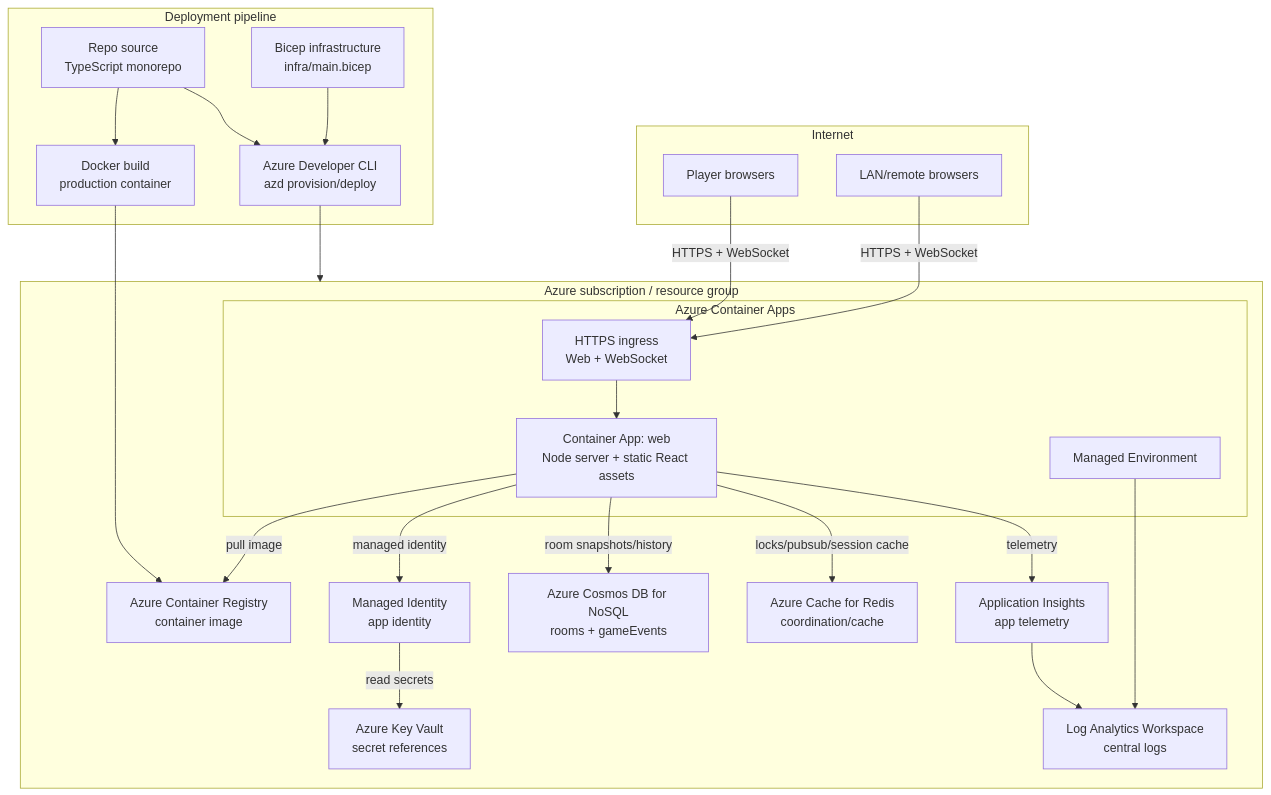
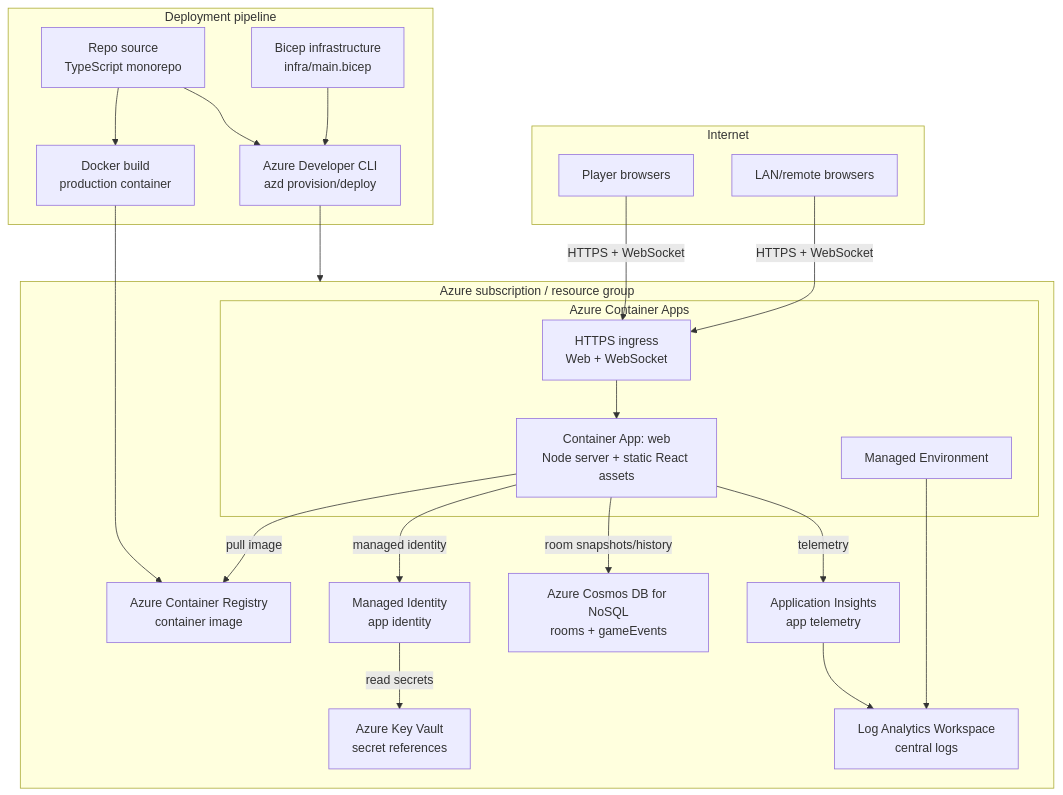
Before and after one commit to khrisnakamarga/hongkong_mahjong: the fourth of 5 diagrams in docs/architecture-diagrams.md, drawn with Mermaid. The commit also changed other lines of this file and 11 other files, not shown here.

````diff
--- a/docs/architecture-diagrams.md
+++ b/docs/architecture-diagrams.md
@@ -145,48 +145,46 @@
 ```mermaid
 flowchart TB
   subgraph Internet["Internet"]
     Player1["Player browsers"]
     Player2["LAN/remote browsers"]
   end
 
   subgraph Azure["Azure subscription / resource group"]
     subgraph ACA["Azure Container Apps"]
       Ingress["HTTPS ingress\nWeb + WebSocket"]
       WebApp["Container App: web\nNode server + static React assets"]
       Env["Managed Environment"]
     end
 
     ACR["Azure Container Registry\ncontainer image"]
     MI["Managed Identity\napp identity"]
     KV["Azure Key Vault\nsecret references"]
     Cosmos["Azure Cosmos DB for NoSQL\nrooms + gameEvents"]
-    Redis["Azure Cache for Redis\ncoordination/cache"]
     AppInsights["Application Insights\napp telemetry"]
     LogAnalytics["Log Analytics Workspace\ncentral logs"]
   end
 
   subgraph Deployment["Deployment pipeline"]
     Source["Repo source\nTypeScript monorepo"]
     Docker["Docker build\nproduction container"]
     AZD["Azure Developer CLI\nazd provision/deploy"]
     Bicep["Bicep infrastructure\ninfra/main.bicep"]
   end
 
   Player1 -->|HTTPS + WebSocket| Ingress
   Player2 -->|HTTPS + WebSocket| Ingress
   Ingress --> WebApp
   WebApp -->|pull image| ACR
   WebApp -->|managed identity| MI
   MI -->|read secrets| KV
   WebApp -->|room snapshots/history| Cosmos
-  WebApp -->|locks/pubsub/session cache| Redis
   WebApp -->|telemetry| AppInsights
   AppInsights --> LogAnalytics
   Env --> LogAnalytics
 
   Source --> Docker
   Docker --> ACR
   Source --> AZD
   Bicep --> AZD
   AZD --> Azure
 ```
````
